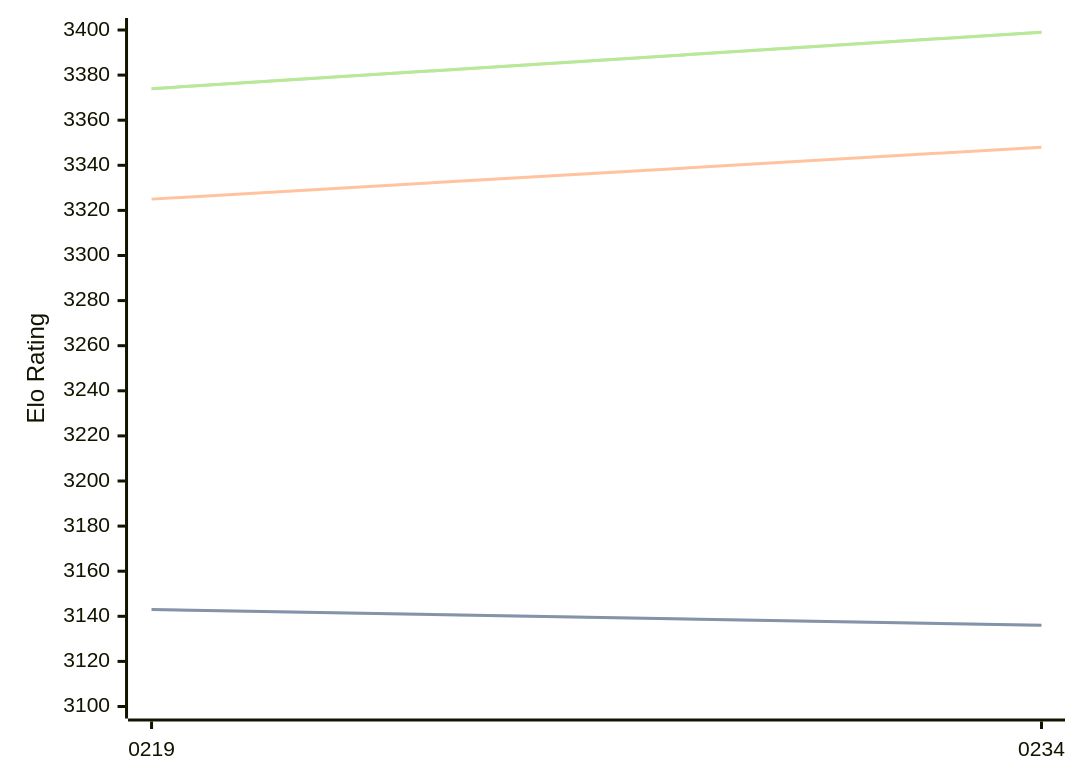
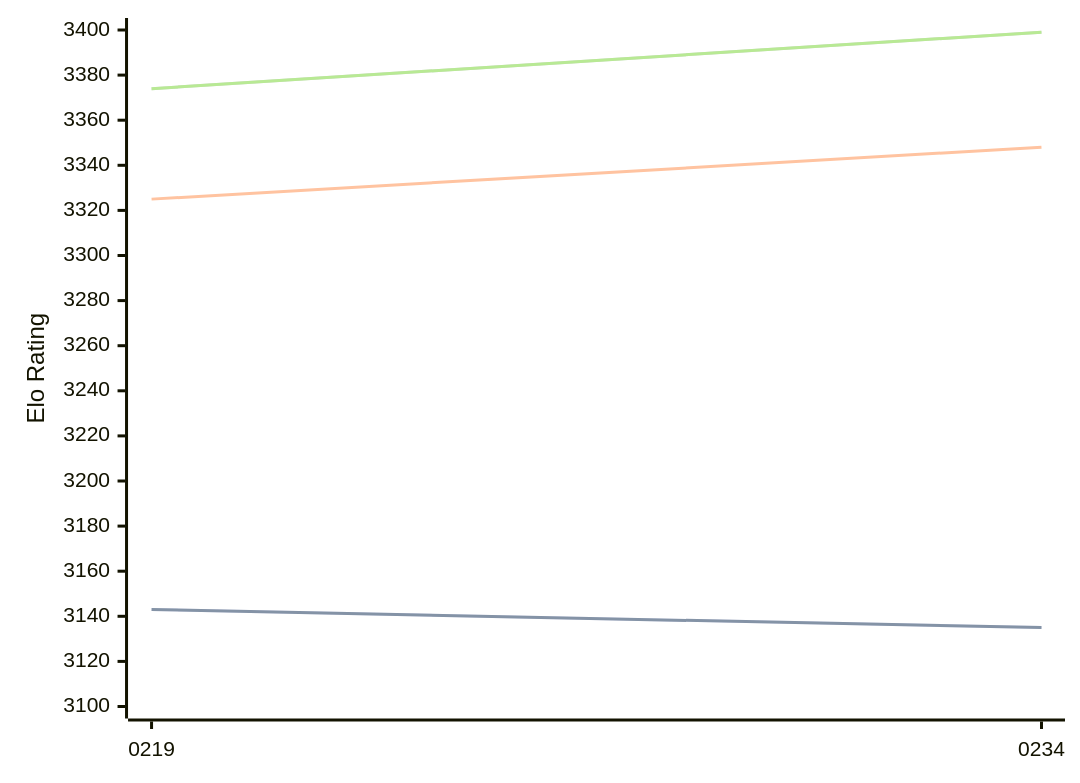
Before and after one commit to computer-chess-index/cci: the diagram in engines/Ynode.md, drawn with Mermaid. The commit also changed other lines of this file, not shown here.

````diff
--- a/engines/Ynode.md
+++ b/engines/Ynode.md
@@ -32,11 +32,11 @@
 ```mermaid
 %%{init: {"theme":"base","themeVariables":{"seriesColors:['#a3a3a3','#222221','#faa371']}}}%%
 xychart-beta
   x-axis ["0219", "0234"]
   y-axis "Elo Rating" 3100 --> 3400
-  line "" [3143, 3136]
-  line "STC (8.0+0.08s)" [3143, 3136]
+  line "" [3143, 3135]
+  line "STC (8.0+0.08s)" [3143, 3135]
   line "LTC (60.0+0.60s)" [3325, 3348]
   line "" [3374, 3399]
   line "VLTC (2m24s+1.12s)" [3374, 3399]
 ```
````
